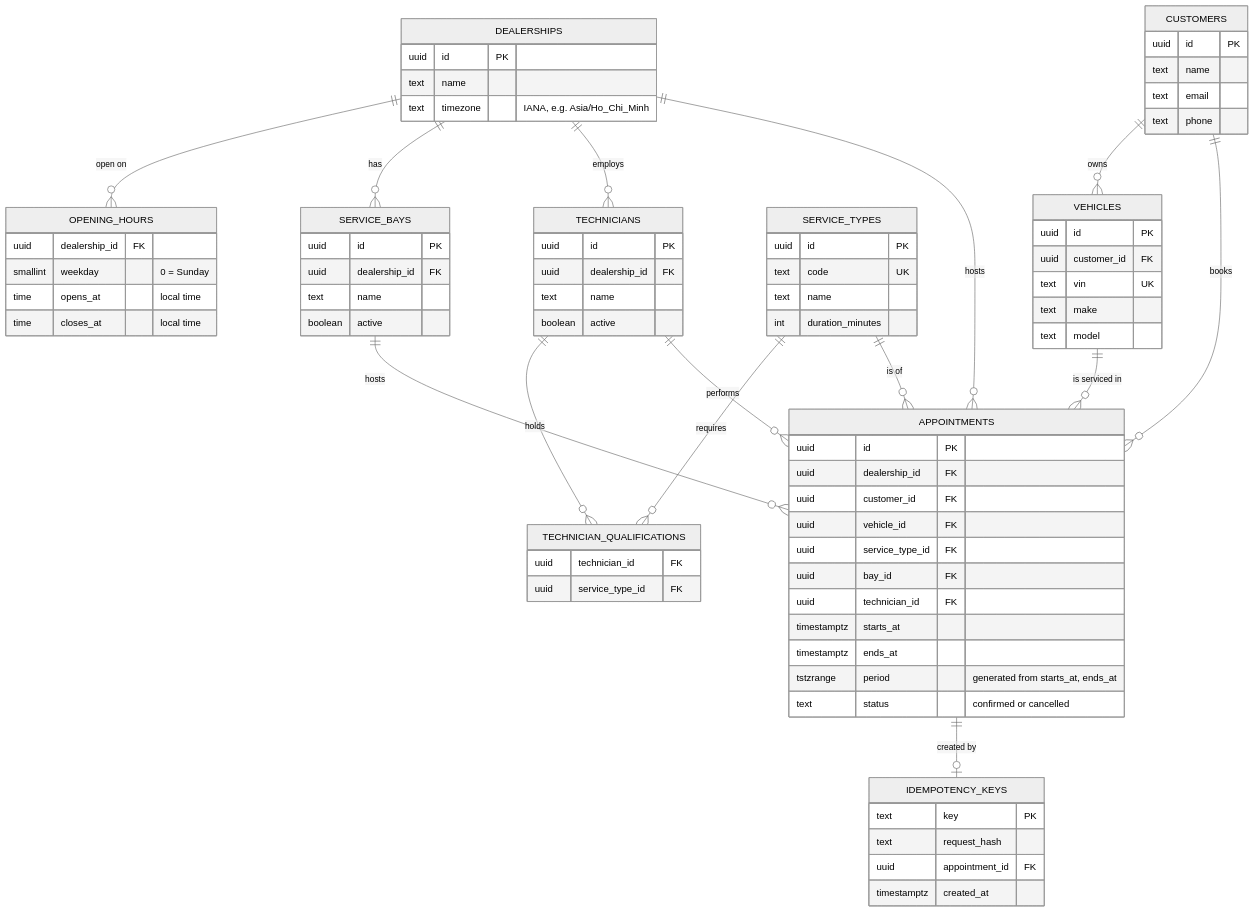
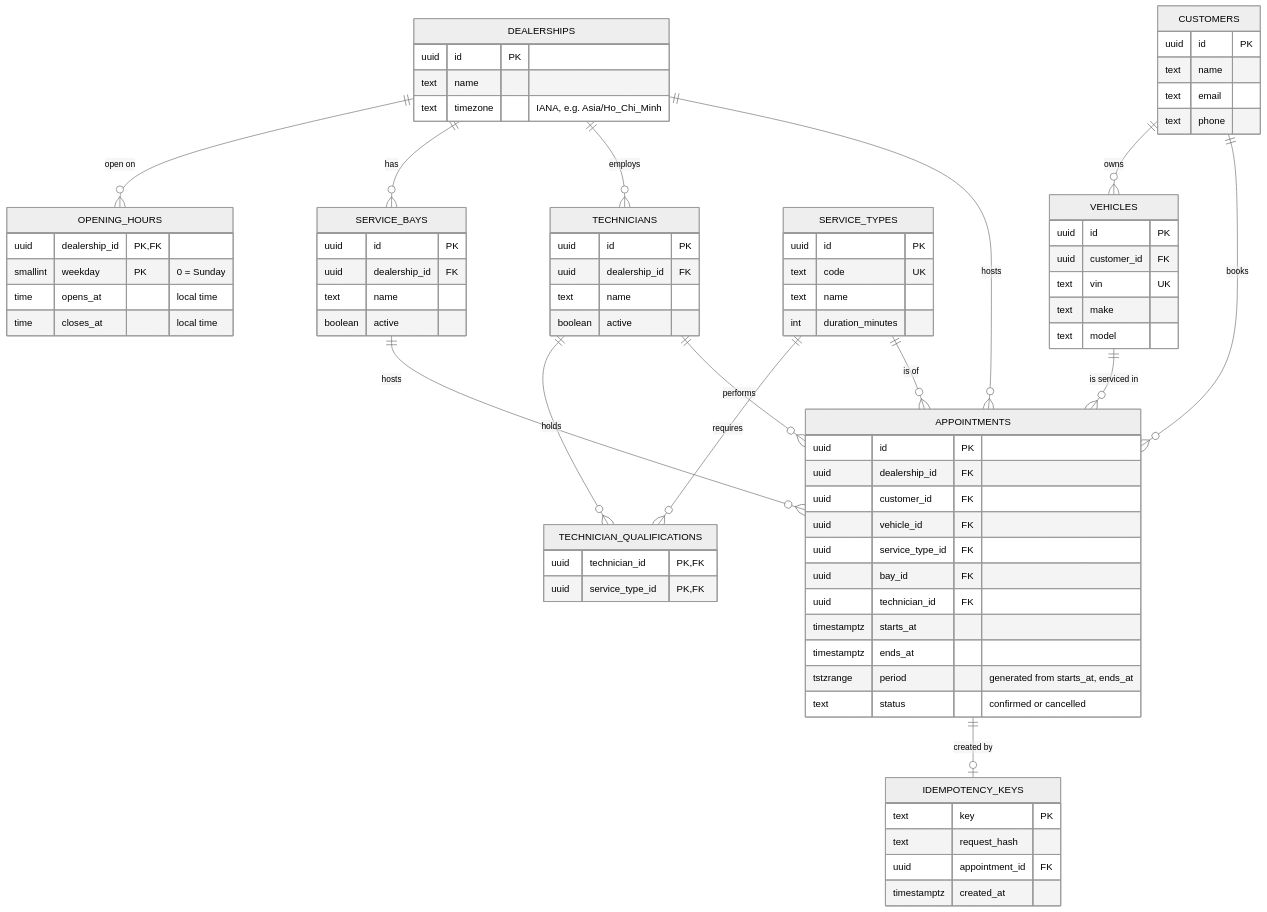
One commit to pyaethu-aung/service-scheduler changed the second of 5 diagrams in docs/system-design.md. Above: the diagram before and after it, drawn with Mermaid (neutral theme). The commit also changed other lines of this file, not shown here.

````diff
--- a/docs/system-design.md
+++ b/docs/system-design.md
@@ -109,82 +109,82 @@
 ```mermaid
 erDiagram
     DEALERSHIPS ||--o{ OPENING_HOURS : "open on"
     DEALERSHIPS ||--o{ SERVICE_BAYS : has
     DEALERSHIPS ||--o{ TECHNICIANS : employs
     TECHNICIANS ||--o{ TECHNICIAN_QUALIFICATIONS : holds
     SERVICE_TYPES ||--o{ TECHNICIAN_QUALIFICATIONS : "requires"
     CUSTOMERS ||--o{ VEHICLES : owns
     DEALERSHIPS ||--o{ APPOINTMENTS : hosts
     CUSTOMERS ||--o{ APPOINTMENTS : books
     VEHICLES ||--o{ APPOINTMENTS : "is serviced in"
     SERVICE_TYPES ||--o{ APPOINTMENTS : "is of"
     SERVICE_BAYS ||--o{ APPOINTMENTS : "hosts"
     TECHNICIANS ||--o{ APPOINTMENTS : "performs"
     APPOINTMENTS ||--o| IDEMPOTENCY_KEYS : "created by"
 
     DEALERSHIPS {
         uuid id PK
         text name
         text timezone "IANA, e.g. Asia/Ho_Chi_Minh"
     }
     OPENING_HOURS {
-        uuid dealership_id FK
-        smallint weekday "0 = Sunday"
+        uuid dealership_id PK, FK
+        smallint weekday PK "0 = Sunday"
         time opens_at "local time"
         time closes_at "local time"
     }
     SERVICE_BAYS {
         uuid id PK
         uuid dealership_id FK
         text name
         boolean active
     }
     TECHNICIANS {
         uuid id PK
         uuid dealership_id FK
         text name
         boolean active
     }
     SERVICE_TYPES {
         uuid id PK
         text code UK
         text name
         int duration_minutes
     }
     TECHNICIAN_QUALIFICATIONS {
-        uuid technician_id FK
-        uuid service_type_id FK
+        uuid technician_id PK, FK
+        uuid service_type_id PK, FK
     }
     CUSTOMERS {
         uuid id PK
         text name
         text email
         text phone
     }
     VEHICLES {
         uuid id PK
         uuid customer_id FK
         text vin UK
         text make
         text model
     }
     APPOINTMENTS {
         uuid id PK
         uuid dealership_id FK
         uuid customer_id FK
         uuid vehicle_id FK
         uuid service_type_id FK
         uuid bay_id FK
         uuid technician_id FK
         timestamptz starts_at
         timestamptz ends_at
         tstzrange period "generated from starts_at, ends_at"
         text status "confirmed or cancelled"
     }
     IDEMPOTENCY_KEYS {
         text key PK
         text request_hash
         uuid appointment_id FK
         timestamptz created_at
     }
 ```
````
